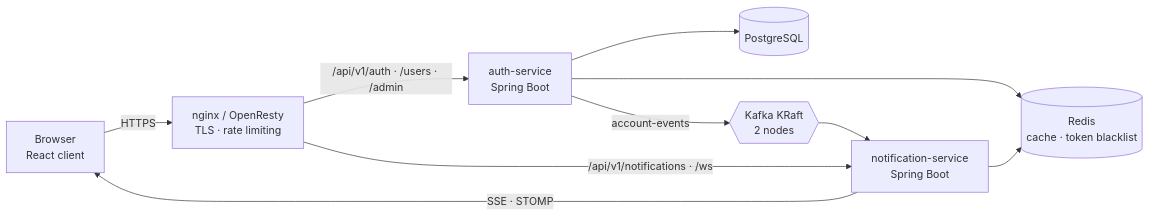
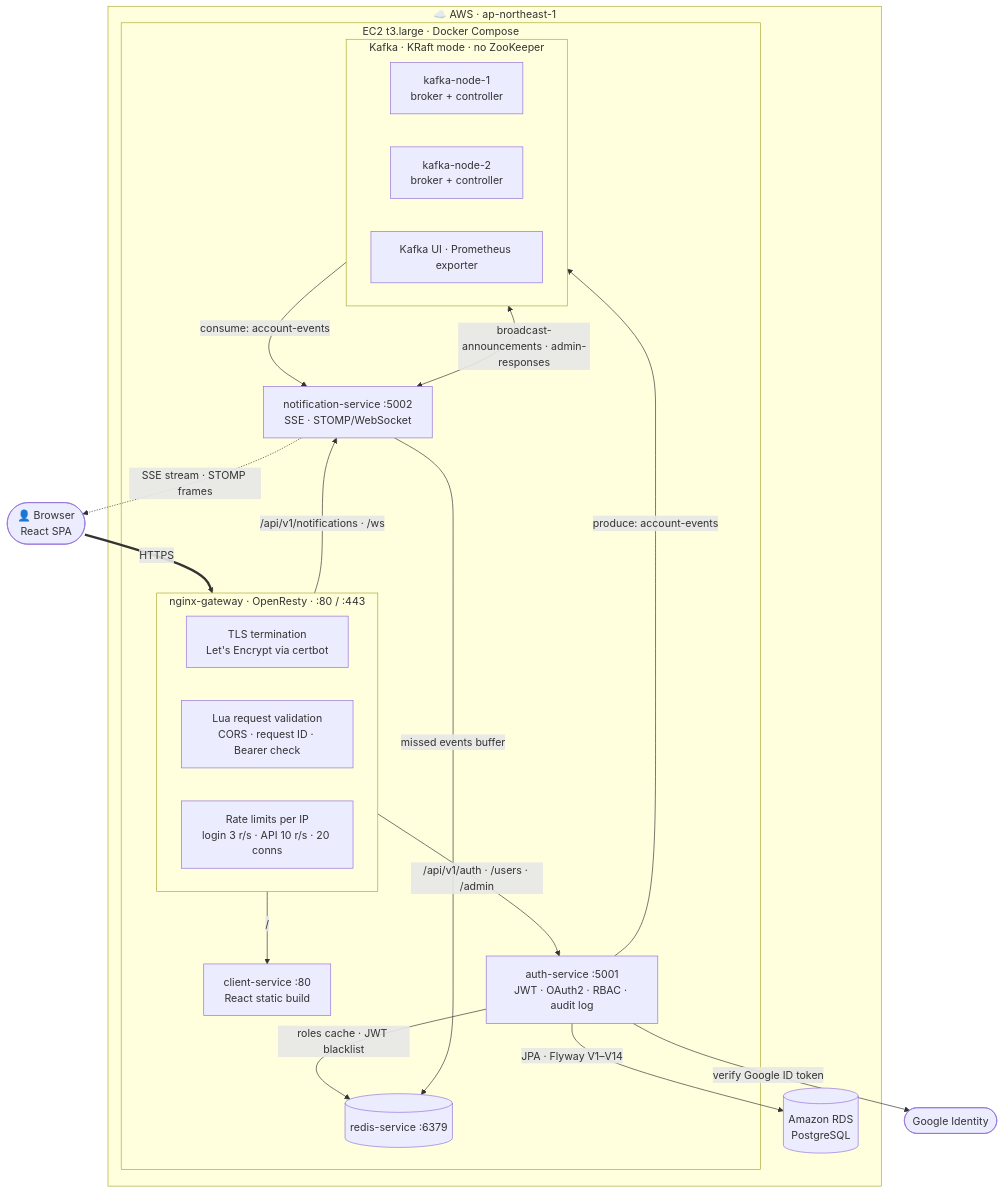
Before and after one commit to lodhiPlayBits/AuthService: the first of 3 diagrams in README.md, drawn with Mermaid. The commit also changed other lines of this file, not shown here.

First line of the commit message:
docs: detailed architecture and deployment diagrams

````diff
--- a/README.md
+++ b/README.md
@@ -59,14 +61,41 @@
 ```mermaid
-flowchart LR
-    B[Browser<br/>React client] -->|HTTPS| N[nginx / OpenResty<br/>TLS · rate limiting]
+flowchart TB
+    user(["👤 Browser<br/>React SPA"])
+    google(["Google Identity"])
 
-    N -->|/api/v1/auth · /users · /admin| A[auth-service<br/>Spring Boot]
-    N -->|/api/v1/notifications · /ws| S[notification-service<br/>Spring Boot]
+    subgraph aws["☁️ AWS · ap-northeast-1"]
+        subgraph ec2["EC2 t3.large · Docker Compose"]
+            subgraph gw["nginx-gateway · OpenResty · :80 / :443"]
+                tls["TLS termination<br/>Let's Encrypt via certbot"]
+                lua["Lua request validation<br/>CORS · request ID · Bearer check"]
+                rl["Rate limits per IP<br/>login 3 r/s · API 10 r/s · 20 conns"]
+            end
 
-    A --> P[(PostgreSQL)]
-    A --> R[(Redis<br/>cache · token blacklist)]
-    A -->|account-events| K{{Kafka KRaft<br/>2 nodes}}
-    K --> S
-    S --> R
-    S -->|SSE · STOMP| B
+            client["client-service :80<br/>React static build"]
+            auth["auth-service :5001<br/>JWT · OAuth2 · RBAC · audit log"]
+            notif["notification-service :5002<br/>SSE · STOMP/WebSocket"]
+            redis[("redis-service :6379")]
+
+            subgraph kafka["Kafka · KRaft mode · no ZooKeeper"]
+                k1["kafka-node-1<br/>broker + controller"]
+                k2["kafka-node-2<br/>broker + controller"]
+                kui["Kafka UI · Prometheus exporter"]
+            end
+        end
+        rds[("Amazon RDS<br/>PostgreSQL")]
+    end
+
+    user ==>|HTTPS| gw
+    gw -->|"/"| client
+    gw -->|"/api/v1/auth · /users · /admin"| auth
+    gw -->|"/api/v1/notifications · /ws"| notif
+
+    auth -->|"JPA · Flyway V1–V14"| rds
+    auth -->|"roles cache · JWT blacklist"| redis
+    auth -->|"verify Google ID token"| google
+    auth -->|"produce: account-events"| kafka
+    kafka -->|"consume: account-events"| notif
+    notif <-->|"broadcast-announcements · admin-responses"| kafka
+    notif -->|"missed events buffer"| redis
+    notif -.->|"SSE stream · STOMP frames"| user
 ```
````
